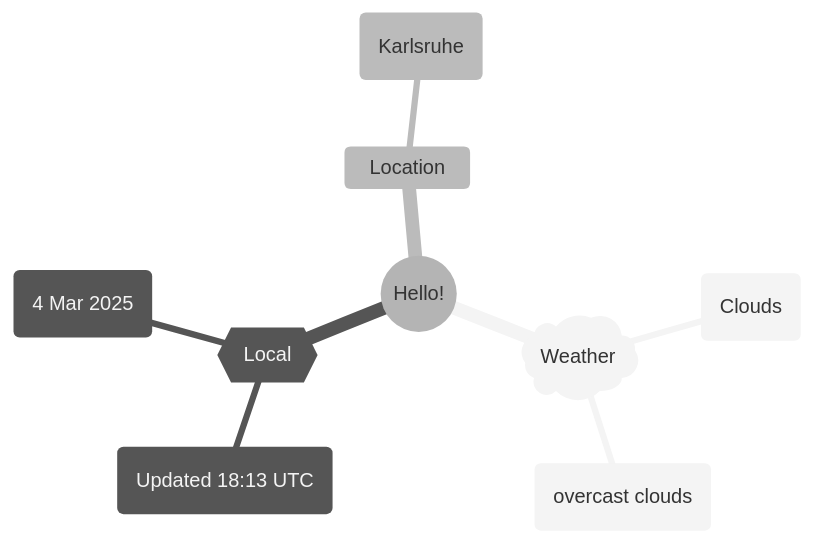
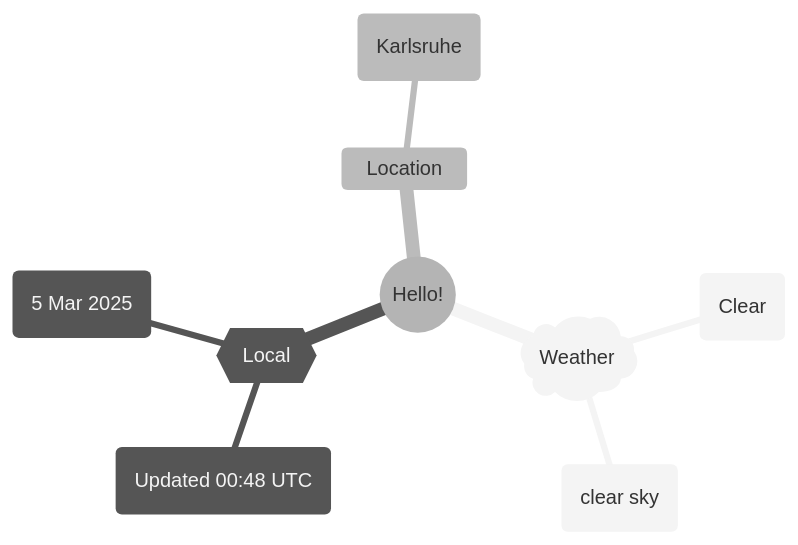
The first of 2 diagrams in README.md (Xosrov/Xosrov), drawn with Mermaid (neutral theme) before and after one commit.

Commit message:
[bot] updated images

````diff
--- a/README.md
+++ b/README.md
@@ -3,12 +3,12 @@
 ```mermaid
 mindmap
   root((Hello!))
     )Weather(
-        (Clouds)
-        (overcast clouds)
+        (Clear)
+        (clear sky)
     {{Local}}
-        (Updated 18:13 UTC)
-        (4 Mar 2025)
+        (Updated 00:48 UTC)
+        (5 Mar 2025)
     Location
         (Karlsruhe)
 ```
````
